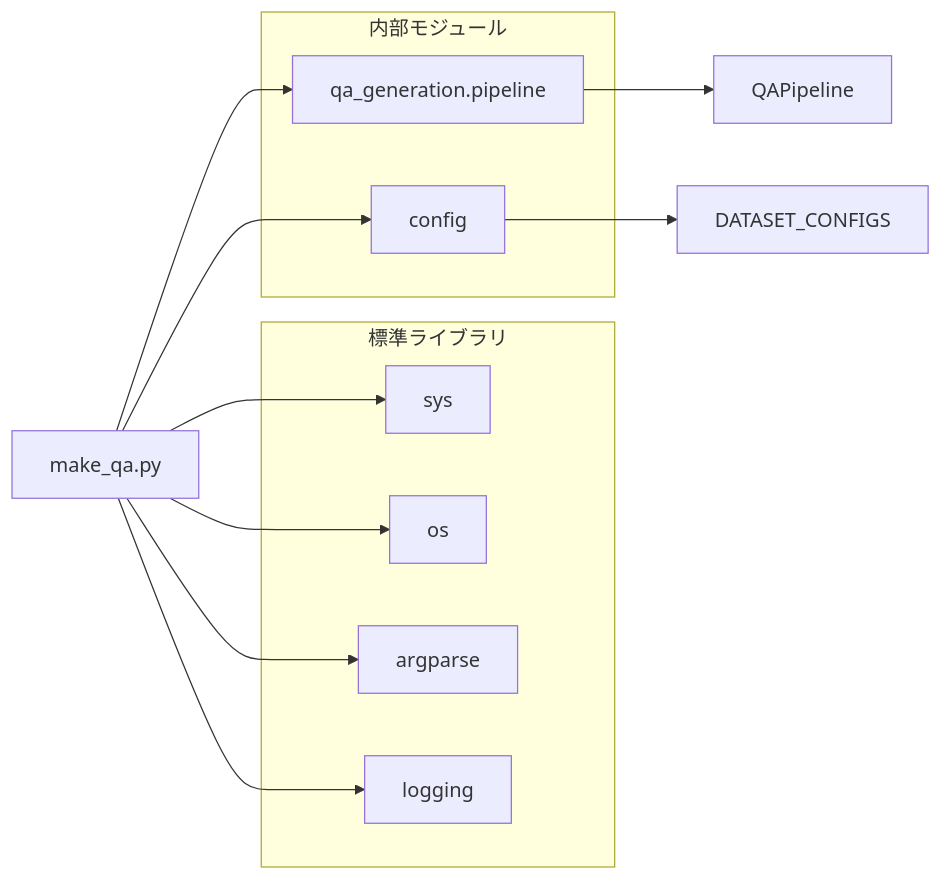
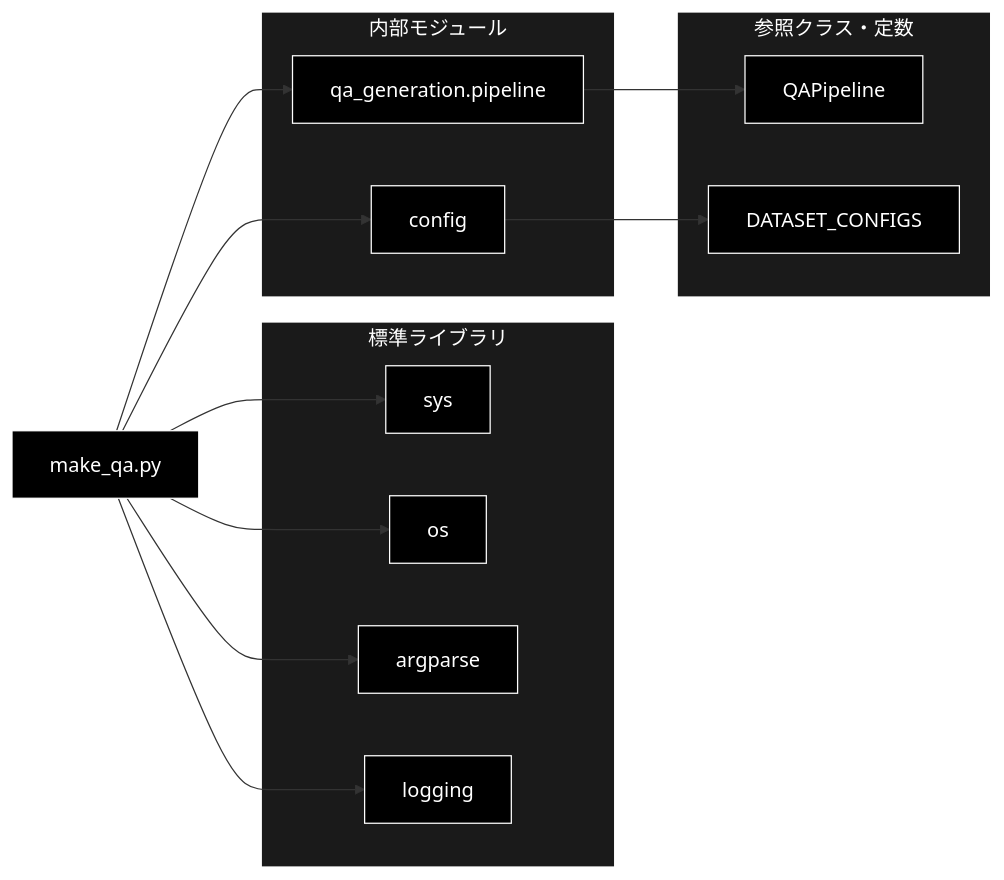
One commit to nakashima2toshio/anthropic_grace_agent_v2 changed the third of 3 diagrams in qa_qdrant/doc/make_qa.md. Above: the diagram before and after it, drawn with Mermaid. The commit also changed other lines of this file and 4 other files, not shown here.

````diff
--- a/qa_qdrant/doc/make_qa.md
+++ b/qa_qdrant/doc/make_qa.md
@@ -341,26 +413,36 @@
 ```mermaid
 flowchart LR
-    MAKE_QA[make_qa.py]
+    MAKE_QA["make_qa.py"]
 
     subgraph STDLIB["標準ライブラリ"]
-        SYS[sys]
-        OS[os]
-        ARGPARSE[argparse]
-        LOGGING[logging]
+        SYS["sys"]
+        OS["os"]
+        ARGP["argparse"]
+        LOGG["logging"]
     end
 
     subgraph INTERNAL["内部モジュール"]
-        PIPELINE[qa_generation.pipeline]
-        CONFIG[config]
+        PIPE["qa_generation.pipeline"]
+        CONF["config"]
+    end
+
+    subgraph CLASSES["参照クラス・定数"]
+        QAP["QAPipeline"]
+        DSC["DATASET_CONFIGS"]
     end
 
     MAKE_QA --> SYS
     MAKE_QA --> OS
-    MAKE_QA --> ARGPARSE
-    MAKE_QA --> LOGGING
-    MAKE_QA --> PIPELINE
-    MAKE_QA --> CONFIG
-
-    PIPELINE --> QA_PIPE[QAPipeline]
-    CONFIG --> DATASET[DATASET_CONFIGS]
+    MAKE_QA --> ARGP
+    MAKE_QA --> LOGG
+    MAKE_QA --> PIPE
+    MAKE_QA --> CONF
+    PIPE --> QAP
+    CONF --> DSC
+classDef default fill:#000,stroke:#fff,color:#fff
+classDef subgraphStyle fill:#1a1a1a,stroke:#fff,color:#fff
+class MAKE_QA,SYS,OS,ARGP,LOGG,PIPE,CONF,QAP,DSC default
+style STDLIB fill:#1a1a1a,stroke:#fff,color:#fff
+style INTERNAL fill:#1a1a1a,stroke:#fff,color:#fff
+style CLASSES fill:#1a1a1a,stroke:#fff,color:#fff
 ```
````
